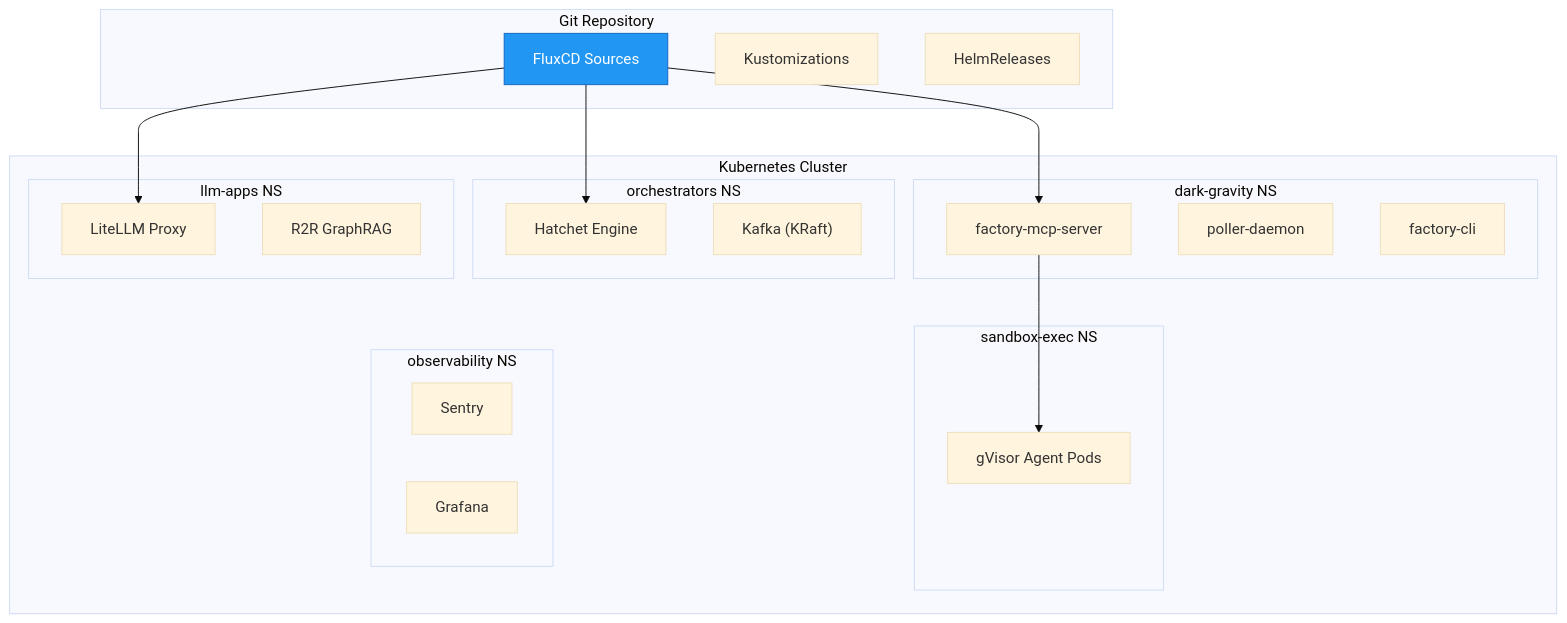
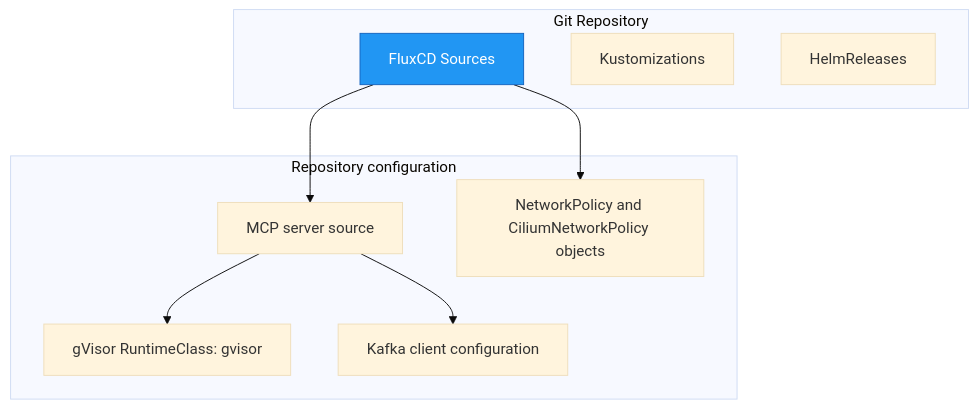
One commit to lgcorzo/rust_CACD_autonomous_factory changed the diagram in wiki/operations/production_operations.md. Above: the diagram before and after it, drawn with Mermaid (base theme). The commit also changed other lines of this file and 77 other files, not shown here.

````diff
--- a/wiki/operations/production_operations.md
+++ b/wiki/operations/production_operations.md
@@ -23,37 +23,21 @@
 ```mermaid
 graph TB
     subgraph "Git Repository"
         FLUX["FluxCD Sources"]
         KUST["Kustomizations"]
         HELM["HelmReleases"]
     end
-    subgraph "Kubernetes Cluster"
-        subgraph "dark-gravity NS"
-            MCP["factory-mcp-server"]
-            POLLER["poller-daemon"]
-            CLI["factory-cli"]
-        end
-        subgraph "orchestrators NS"
-            HATCHET["Hatchet Engine"]
-            KAFKA["Kafka (KRaft)"]
-        end
-        subgraph "llm-apps NS"
-            LITELLM["LiteLLM Proxy"]
-            R2R["R2R GraphRAG"]
-        end
-        subgraph "sandbox-exec NS"
-            GVISOR["gVisor Agent Pods"]
-        end
-        subgraph "observability NS"
-            SENTRY["Sentry"]
-            GRAFANA["Grafana"]
-        end
+    subgraph "Repository configuration"
+        MCP["MCP server source"]
+        GVISOR["gVisor RuntimeClass: gvisor"]
+        POLICY["NetworkPolicy and CiliumNetworkPolicy objects"]
+        KAFKA["Kafka client configuration"]
     end
 
     FLUX --> MCP
-    FLUX --> HATCHET
-    FLUX --> LITELLM
     MCP --> GVISOR
+    FLUX --> POLICY
+    MCP --> KAFKA
 
     style FLUX fill:#2196F3,stroke:#1565C0,color:#fff
 ```
````
